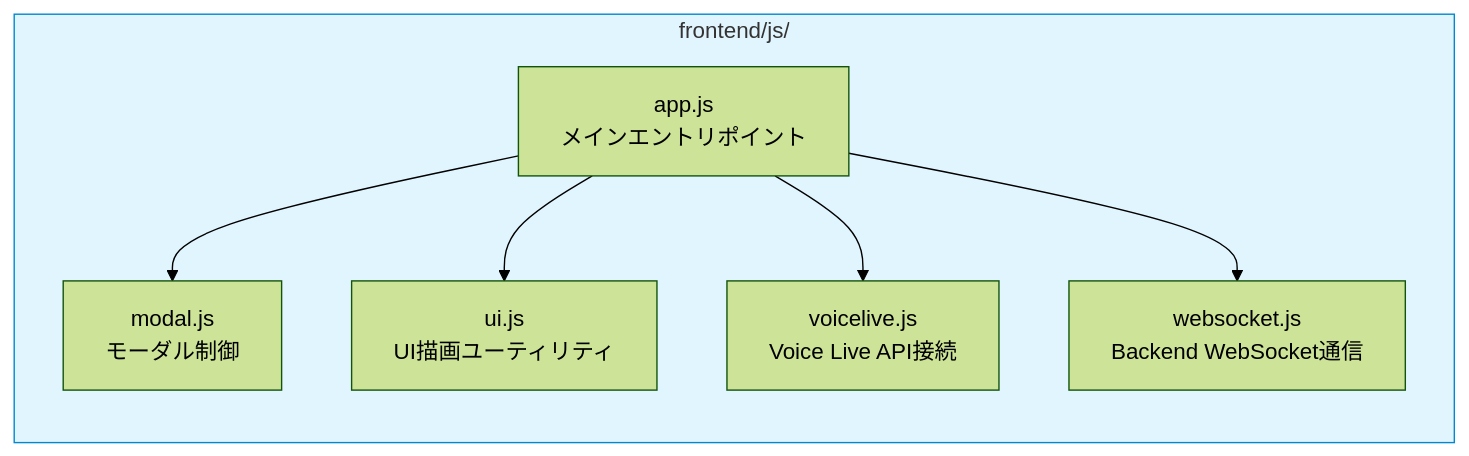
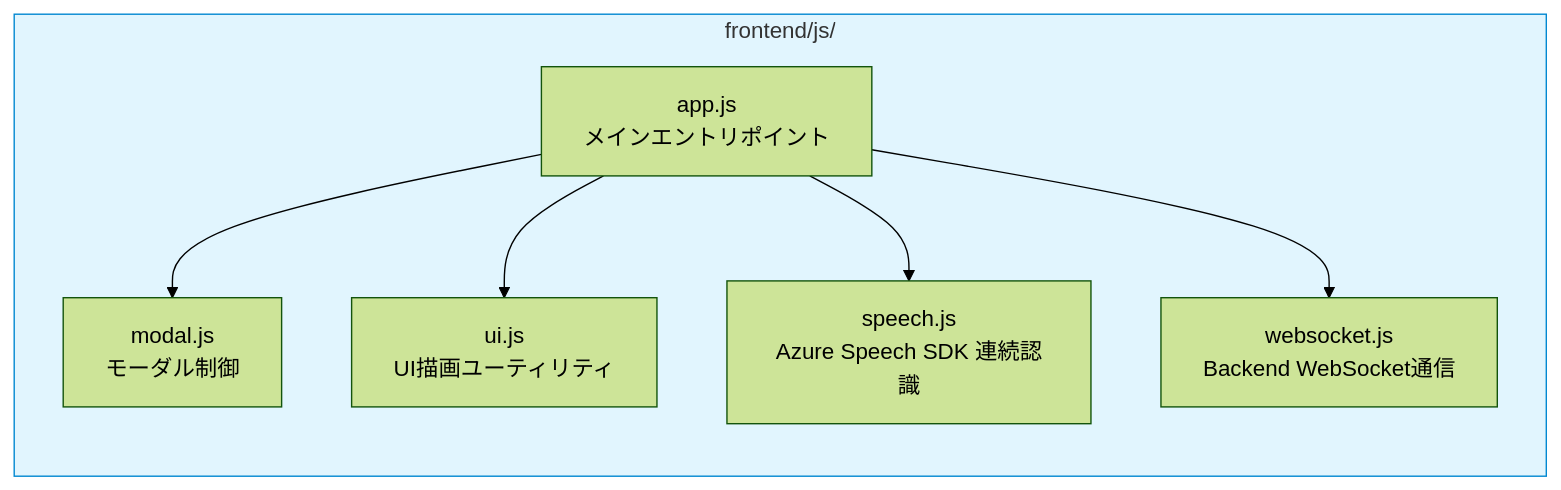
One commit to hatasaki/Interview-Assistant-AI changed the third of 22 diagrams in spec/architecture.md. Above: the diagram before and after it, drawn with Mermaid (forest theme). The commit also changed other lines of this file and 12 other files, not shown here.

Commit message:
Refactor architecture to integrate Azure Speech SDK for transcription

````diff
--- a/spec/architecture.md
+++ b/spec/architecture.md
@@ -213,17 +208,17 @@
 ```mermaid
 graph LR
     subgraph Frontend["frontend/js/"]
         APP["app.js<br/>メインエントリポイント"]
         MODAL["modal.js<br/>モーダル制御"]
         UI["ui.js<br/>UI描画ユーティリティ"]
-        VOICELIVE["voicelive.js<br/>Voice Live API接続"]
+        SPEECH["speech.js<br/>Azure Speech SDK 連続認識"]
         WS["websocket.js<br/>Backend WebSocket通信"]
     end
 
     APP --> MODAL
     APP --> UI
-    APP --> VOICELIVE
+    APP --> SPEECH
     APP --> WS
 
     style Frontend fill:#e1f5fe,stroke:#0288d1
 ```
````
